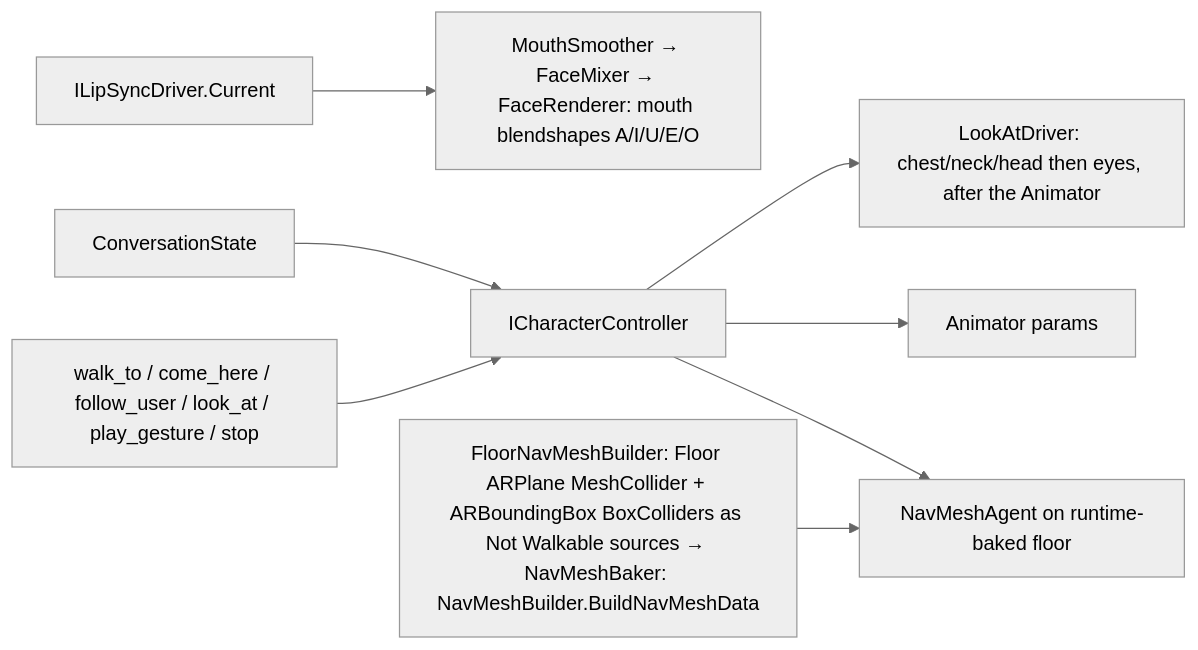
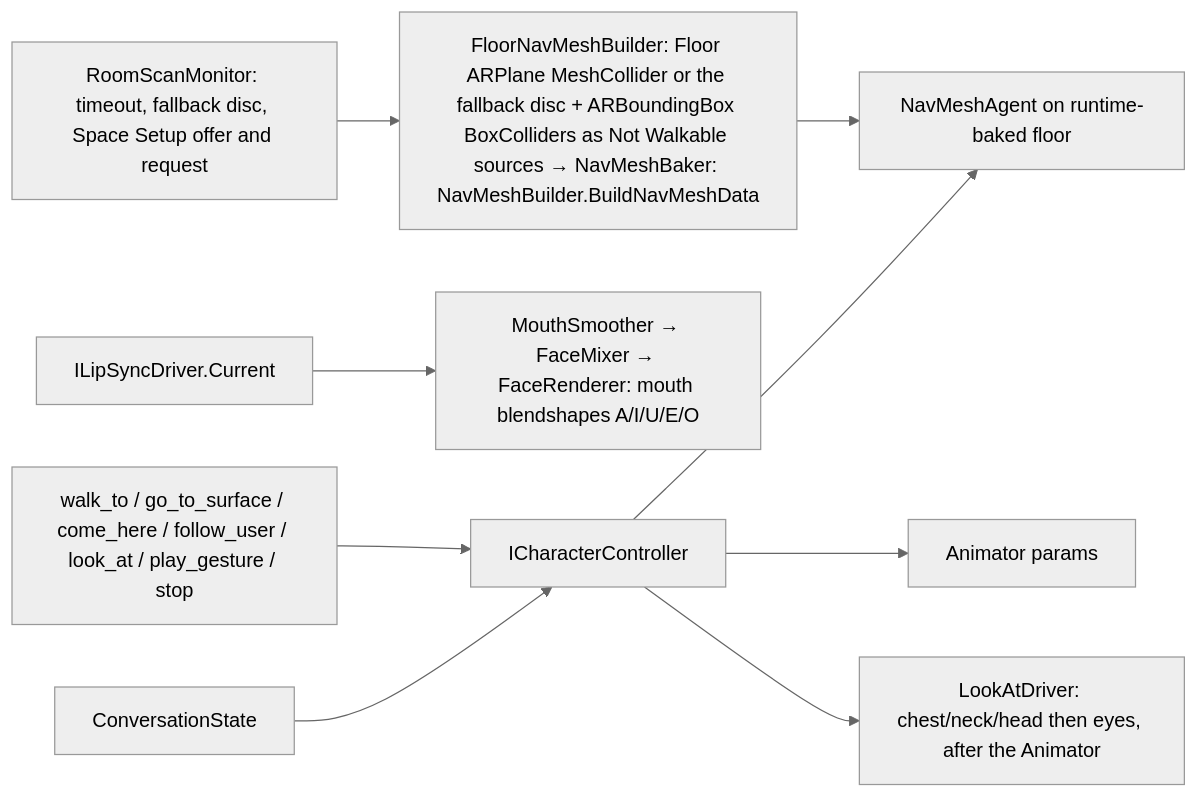
One commit to ImageekCompany/nubi-mixed-reality-ai-companion changed the sixth of 7 diagrams in docs/architecture.md. Above: the diagram before and after it, drawn with Mermaid (neutral theme). The commit also changed other lines of this file and 6 other files, not shown here.

Commit message:
docs: ADR-0024 room awareness, device checklist, architecture and contracts

````diff
--- a/docs/architecture.md
+++ b/docs/architecture.md
@@ -281,10 +281,11 @@
 ```mermaid
 graph LR
-  Tools[walk_to / come_here / follow_user / look_at / play_gesture / stop] --> CC[ICharacterController]
+  Tools[walk_to / go_to_surface / come_here / follow_user / look_at / play_gesture / stop] --> CC[ICharacterController]
   Conv[ConversationState] --> CC
   Lip[ILipSyncDriver.Current] --> Mouth[MouthSmoother → FaceMixer → FaceRenderer: mouth blendshapes A/I/U/E/O]
   CC --> Agent[NavMeshAgent on runtime-baked floor]
   CC --> Anim[Animator params]
   CC --> Look[LookAtDriver: chest/neck/head then eyes, after the Animator]
-  Floor[FloorNavMeshBuilder: Floor ARPlane MeshCollider + ARBoundingBox BoxColliders as Not Walkable sources → NavMeshBaker: NavMeshBuilder.BuildNavMeshData] --> Agent
+  Floor[FloorNavMeshBuilder: Floor ARPlane MeshCollider or the fallback disc + ARBoundingBox BoxColliders as Not Walkable sources → NavMeshBaker: NavMeshBuilder.BuildNavMeshData] --> Agent
+  Room[RoomScanMonitor: timeout, fallback disc, Space Setup offer and request] --> Floor
 ```
````
